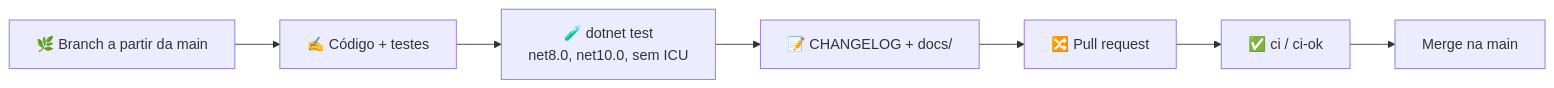
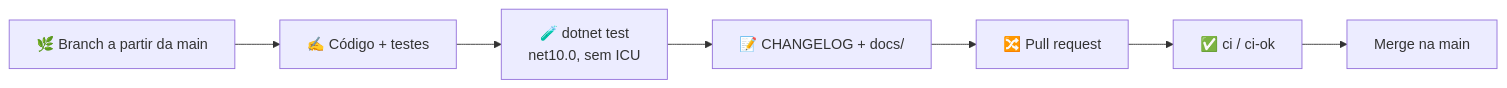
One commit to tudoemcodigo/lib-tec-core changed the second of 2 diagrams in docs/desenvolvimento.md. Above: the diagram before and after it, drawn with Mermaid. The commit also changed other lines of this file and 71 other files, not shown here.

````diff
--- a/docs/desenvolvimento.md
+++ b/docs/desenvolvimento.md
@@ -141,9 +140,9 @@
 ```mermaid
 flowchart LR
     B["🌿 Branch a partir da main"] --> C["✍️ Código + testes"]
-    C --> T["🧪 dotnet test<br/>net8.0, net10.0, sem ICU"]
+    C --> T["🧪 dotnet test<br/>net10.0, sem ICU"]
     T --> L["📝 CHANGELOG + docs/"]
     L --> PR["🔀 Pull request"]
     PR --> CI["✅ ci / ci-ok"]
     CI --> M["Merge na main"]
 ```
````
